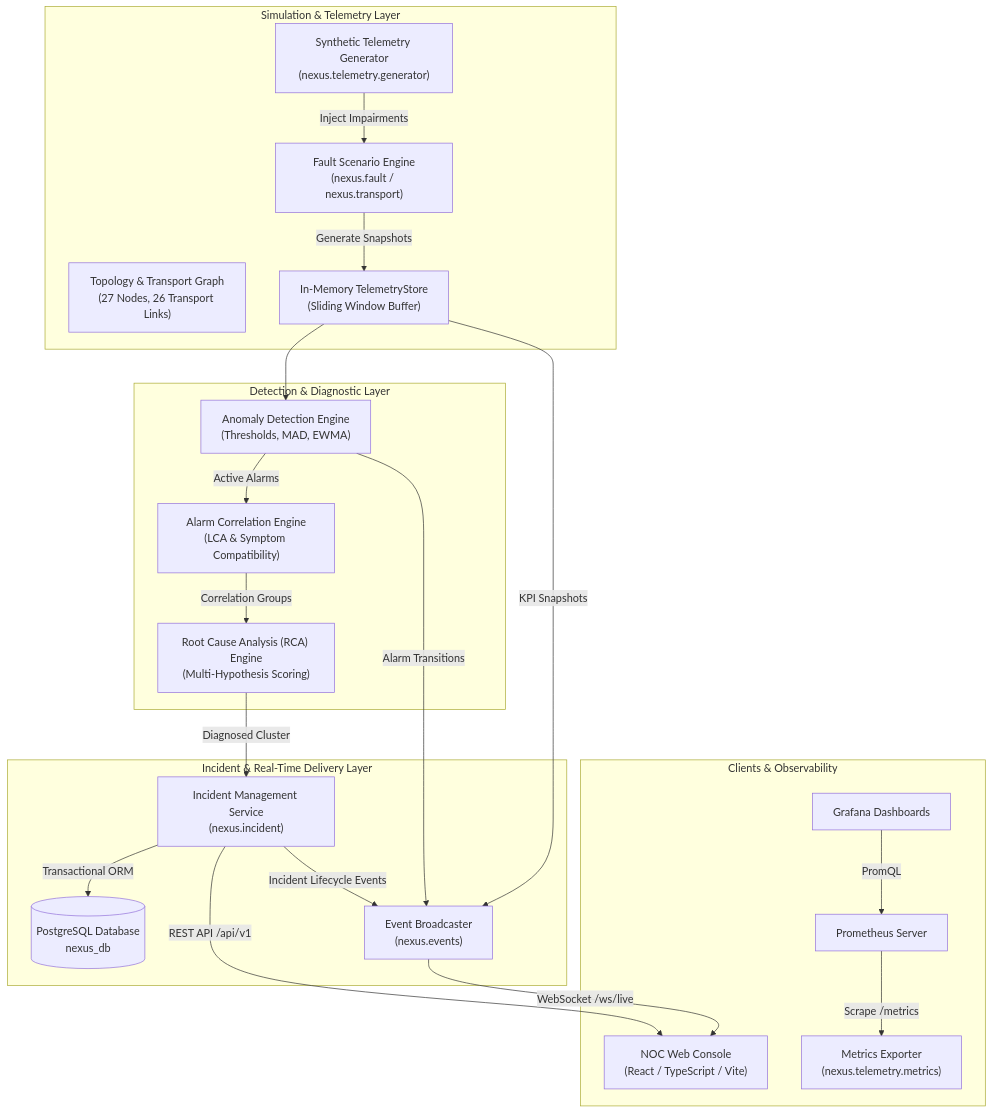
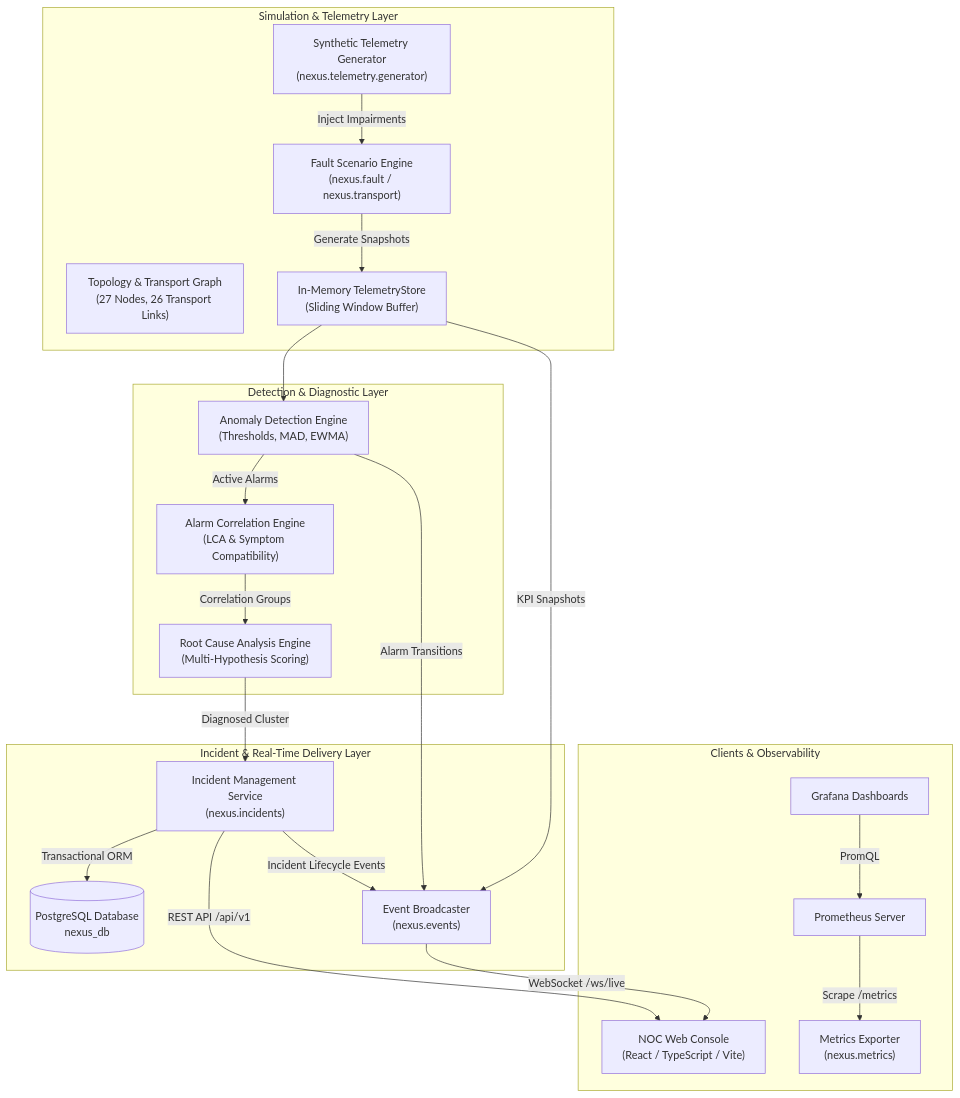
One commit to shreysherikar/Nexus changed the diagram in README.md. Above: the diagram before and after it, drawn with Mermaid. The commit also changed other lines of this file and 2 other files, not shown here.

Commit message:
feat: finalize NEXUS v1.0.0 release

````diff
--- a/README.md
+++ b/README.md
@@ -40,33 +35,33 @@
 ```mermaid
 flowchart TD
     subgraph Simulation_Engine ["Simulation & Telemetry Layer"]
         SIM["Synthetic Telemetry Generator<br/>(nexus.telemetry.generator)"]
         FAULT["Fault Scenario Engine<br/>(nexus.fault / nexus.transport)"]
         TOPO["Topology & Transport Graph<br/>(27 Nodes, 26 Transport Links)"]
         SIM -->|"Inject Impairments"| FAULT
         FAULT -->|"Generate Snapshots"| STORE["In-Memory TelemetryStore<br/>(Sliding Window Buffer)"]
     end
 
     subgraph Detection_Correlation ["Detection & Diagnostic Layer"]
         STORE --> DET["Anomaly Detection Engine<br/>(Thresholds, MAD, EWMA)"]
         DET -->|"Active Alarms"| CORR["Alarm Correlation Engine<br/>(LCA & Symptom Compatibility)"]
-        CORR -->|"Correlation Groups"| RCA["Root Cause Analysis (RCA) Engine<br/>(Multi-Hypothesis Scoring)"]
+        CORR -->|"Correlation Groups"| RCA["Root Cause Analysis Engine<br/>(Multi-Hypothesis Scoring)"]
     end
 
     subgraph Incident_Delivery ["Incident & Real-Time Delivery Layer"]
-        RCA -->|"Diagnosed Cluster"| INC["Incident Management Service<br/>(nexus.incident)"]
+        RCA -->|"Diagnosed Cluster"| INC["Incident Management Service<br/>(nexus.incidents)"]
         INC -->|"Transactional ORM"| DB[(PostgreSQL Database<br/>nexus_db)]
 
         STORE -->|"KPI Snapshots"| BROADCAST["Event Broadcaster<br/>(nexus.events)"]
         DET -->|"Alarm Transitions"| BROADCAST
         INC -->|"Incident Lifecycle Events"| BROADCAST
     end
 
     subgraph Client_Observability ["Clients & Observability"]
         BROADCAST -->|"WebSocket /ws/live"| FRONTEND["NOC Web Console<br/>(React / TypeScript / Vite)"]
         INC -->|"REST API /api/v1"| FRONTEND
 
-        PROM["Prometheus Server"] -->|"Scrape /metrics"| METRICS["Metrics Exporter<br/>(nexus.telemetry.metrics)"]
+        PROM["Prometheus Server"] -->|"Scrape /metrics"| METRICS["Metrics Exporter<br/>(nexus.metrics)"]
         GRAF["Grafana Dashboards"] -->|"PromQL"| PROM
     end
 ```
````
